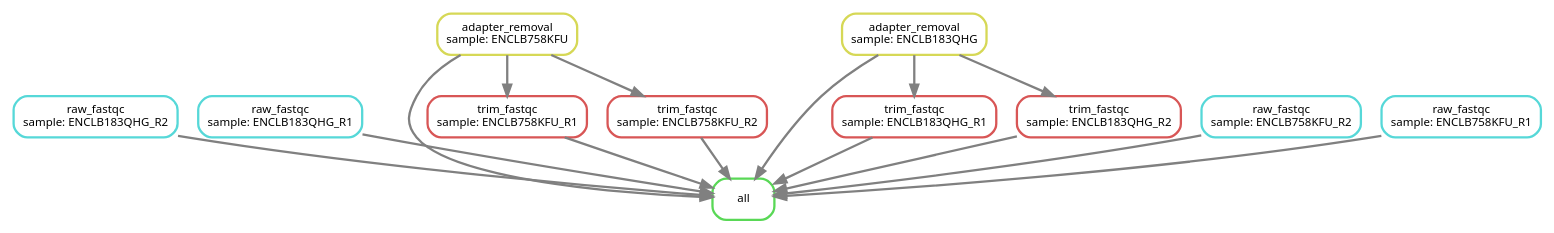
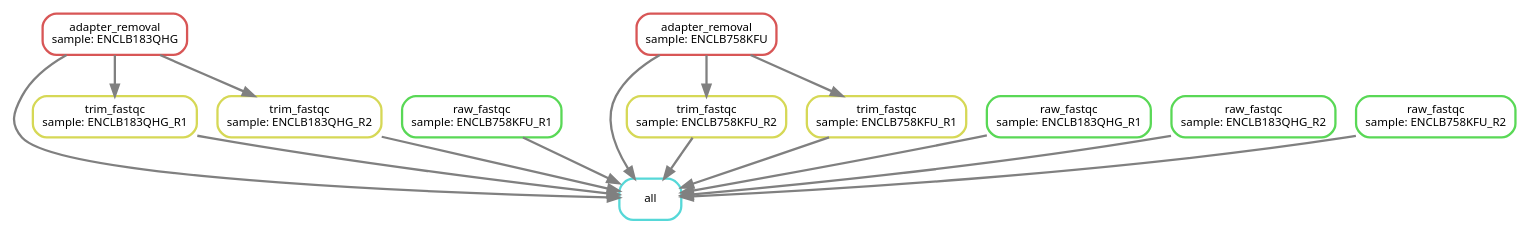
The diagram in output/dag.dot (DRMCRL/ENCODE_T47D_HiC_ENCSR549MGQ), drawn with Graphviz before and after one commit. The commit also changed 6 other files, not shown here.

```diff
--- a/output/dag.dot
+++ b/output/dag.dot
@@ -1,30 +1,30 @@
 digraph snakemake_dag {
     graph[bgcolor=white, margin=0];
     node[shape=box, style=rounded, fontname=sans,                 fontsize=10, penwidth=2];
     edge[penwidth=2, color=grey];
-	0[label = "all", color = "0.33 0.6 0.85", style="rounded"];
-	1[label = "raw_fastqc\nsample: ENCLB183QHG_R2", color = "0.50 0.6 0.85", style="rounded"];
-	2[label = "raw_fastqc\nsample: ENCLB183QHG_R1", color = "0.50 0.6 0.85", style="rounded"];
-	3[label = "adapter_removal\nsample: ENCLB758KFU", color = "0.17 0.6 0.85", style="rounded"];
-	4[label = "trim_fastqc\nsample: ENCLB758KFU_R1", color = "0.00 0.6 0.85", style="rounded"];
-	5[label = "adapter_removal\nsample: ENCLB183QHG", color = "0.17 0.6 0.85", style="rounded"];
-	6[label = "trim_fastqc\nsample: ENCLB183QHG_R1", color = "0.00 0.6 0.85", style="rounded"];
-	7[label = "trim_fastqc\nsample: ENCLB758KFU_R2", color = "0.00 0.6 0.85", style="rounded"];
-	8[label = "raw_fastqc\nsample: ENCLB758KFU_R2", color = "0.50 0.6 0.85", style="rounded"];
-	9[label = "raw_fastqc\nsample: ENCLB758KFU_R1", color = "0.50 0.6 0.85", style="rounded"];
-	10[label = "trim_fastqc\nsample: ENCLB183QHG_R2", color = "0.00 0.6 0.85", style="rounded"];
+	0[label = "all", color = "0.50 0.6 0.85", style="rounded"];
+	1[label = "trim_fastqc\nsample: ENCLB183QHG_R1", color = "0.17 0.6 0.85", style="rounded"];
+	2[label = "raw_fastqc\nsample: ENCLB758KFU_R1", color = "0.33 0.6 0.85", style="rounded"];
+	3[label = "trim_fastqc\nsample: ENCLB758KFU_R2", color = "0.17 0.6 0.85", style="rounded"];
+	4[label = "raw_fastqc\nsample: ENCLB183QHG_R1", color = "0.33 0.6 0.85", style="rounded"];
+	5[label = "adapter_removal\nsample: ENCLB758KFU", color = "0.00 0.6 0.85", style="rounded"];
+	6[label = "trim_fastqc\nsample: ENCLB758KFU_R1", color = "0.17 0.6 0.85", style="rounded"];
+	7[label = "trim_fastqc\nsample: ENCLB183QHG_R2", color = "0.17 0.6 0.85", style="rounded"];
+	8[label = "raw_fastqc\nsample: ENCLB183QHG_R2", color = "0.33 0.6 0.85", style="rounded"];
+	9[label = "raw_fastqc\nsample: ENCLB758KFU_R2", color = "0.33 0.6 0.85", style="rounded"];
+	10[label = "adapter_removal\nsample: ENCLB183QHG", color = "0.00 0.6 0.85", style="rounded"];
 	1 -> 0
 	2 -> 0
 	3 -> 0
 	4 -> 0
 	5 -> 0
 	6 -> 0
 	7 -> 0
 	8 -> 0
 	9 -> 0
 	10 -> 0
-	3 -> 4
+	10 -> 1
+	5 -> 3
 	5 -> 6
-	3 -> 7
-	5 -> 10
+	10 -> 7
 }            
```
